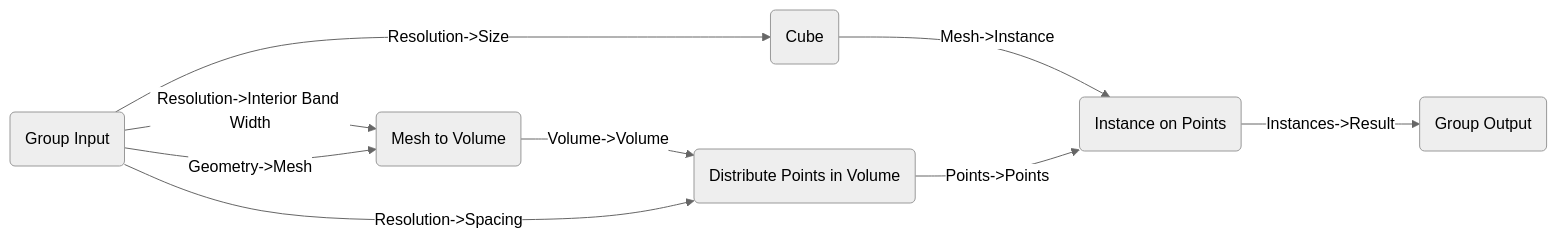
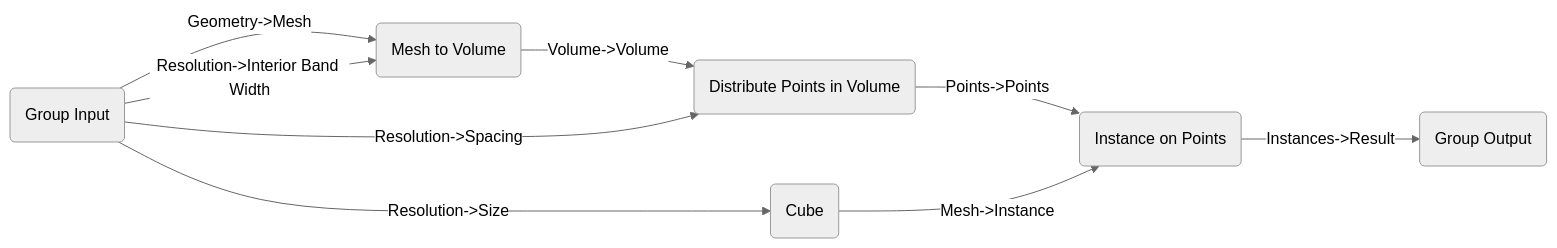
The fourth of 5 diagrams in comparisons.llms.md (BradyAJohnston/nodebpy), drawn with Mermaid (neutral theme) before and after one commit. The commit also changed other lines of this file and 104 other files, not shown here.

````diff
--- a/comparisons.llms.md
+++ b/comparisons.llms.md
@@ -223,17 +227,17 @@
 ``` mermaid
 graph LR
     N0("Group Input"):::default-node
     N1("Mesh to Volume"):::geometry-node
     N2("Distribute Points in Volume"):::geometry-node
     N3("Cube"):::geometry-node
     N4("Instance on Points"):::geometry-node
     N5("Group Output"):::default-node
+    N0 -->|"Geometry->Mesh"| N1
     N0 -->|"Resolution->Interior Band Width"| N1
-    N0 -->|"Geometry->Mesh"| N1
     N1 -->|"Volume->Volume"| N2
-    N3 -->|"Mesh->Instance"| N4
-    N2 -->|"Points->Points"| N4
-    N4 -->|"Instances->Result"| N5
     N0 -->|"Resolution->Spacing"| N2
     N0 -->|"Resolution->Size"| N3
+    N2 -->|"Points->Points"| N4
+    N3 -->|"Mesh->Instance"| N4
+    N4 -->|"Instances->Result"| N5
 ```
````
